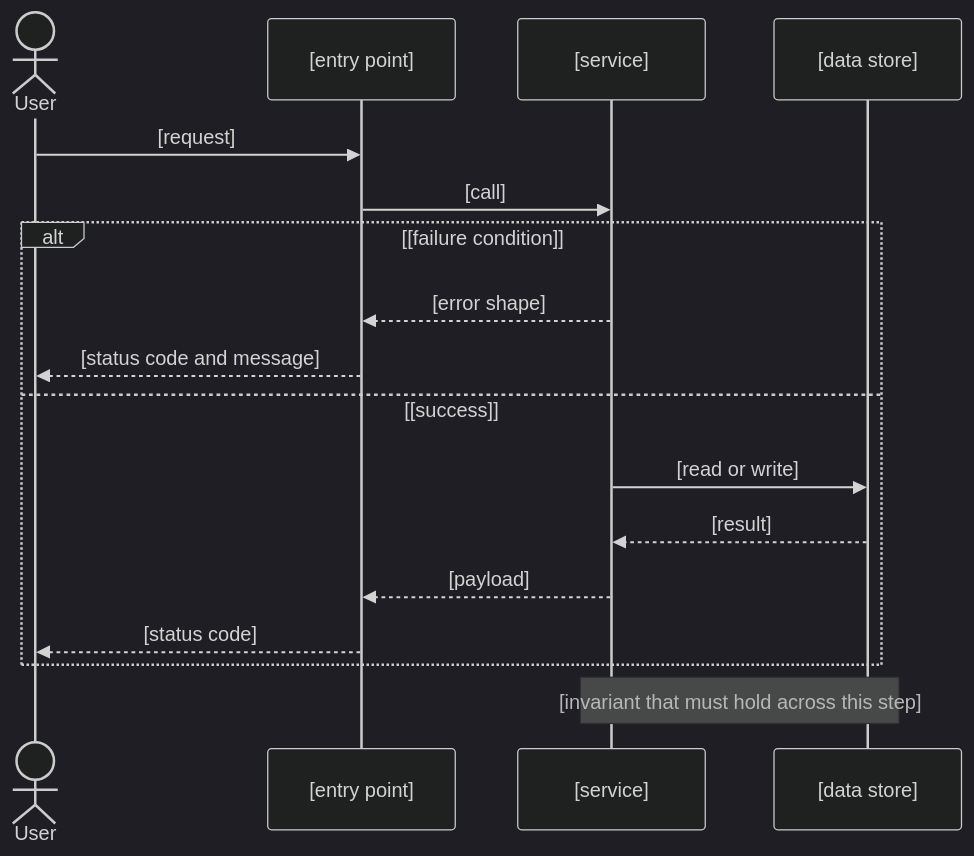
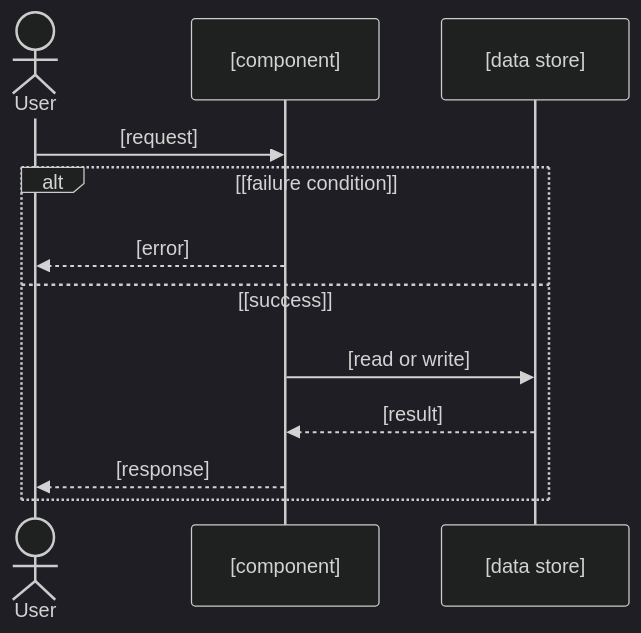
The third of 4 diagrams in core/shared/templates/doflow/data-model-template.md (khoavu882/do-flow), drawn with Mermaid (dark theme) before and after one commit. The commit also changed other lines of this file and 1 other file, not shown here.

````diff
--- a/core/shared/templates/doflow/data-model-template.md
+++ b/core/shared/templates/doflow/data-model-template.md
@@ -117,22 +94,15 @@
 ```mermaid
 sequenceDiagram
     actor User
-    participant API as [entry point]
-    participant SVC as [service]
+    participant SVC as [component]
     participant DB as [data store]
 
-    User->>API: [request]
-    API->>SVC: [call]
-
+    User->>SVC: [request]
     alt [failure condition]
-        SVC-->>API: [error shape]
-        API-->>User: [status code and message]
+        SVC-->>User: [error]
     else [success]
         SVC->>DB: [read or write]
         DB-->>SVC: [result]
-        SVC-->>API: [payload]
-        API-->>User: [status code]
+        SVC-->>User: [response]
     end
-
-    Note over SVC,DB: [invariant that must hold across this step]
 ```
````
